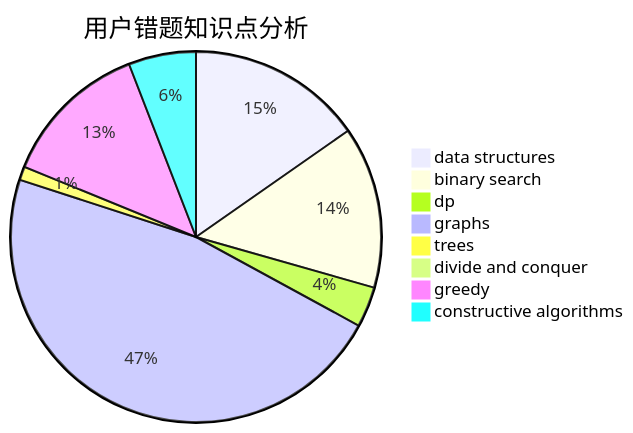
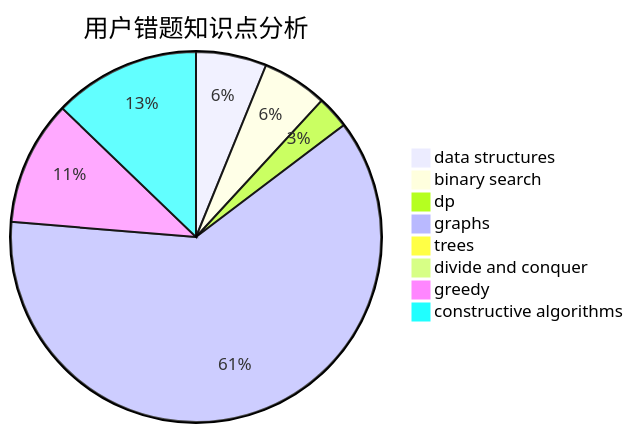
One commit to sherpahu/cfrs.github.io changed the third of 3 diagrams in docs/user/u2699.md. Above: the diagram before and after it, drawn with Mermaid. The commit also changed other lines of this file and 2770 other files, not shown here.

````diff
--- a/docs/user/u2699.md
+++ b/docs/user/u2699.md
@@ -36,11 +36,11 @@
 ```mermaid
 pie title 用户错题知识点分析
     "data structures" :  13
     "binary search" :  12
-    "dp" :  3
-    "graphs" :  40
+    "dp" :  6
+    "graphs" :  130
     "trees" :  1
     "divide and conquer" :  0
-    "greedy" :  11
-    "constructive algorithms" :  5
+    "greedy" :  23
+    "constructive algorithms" :  27
 ```
````
